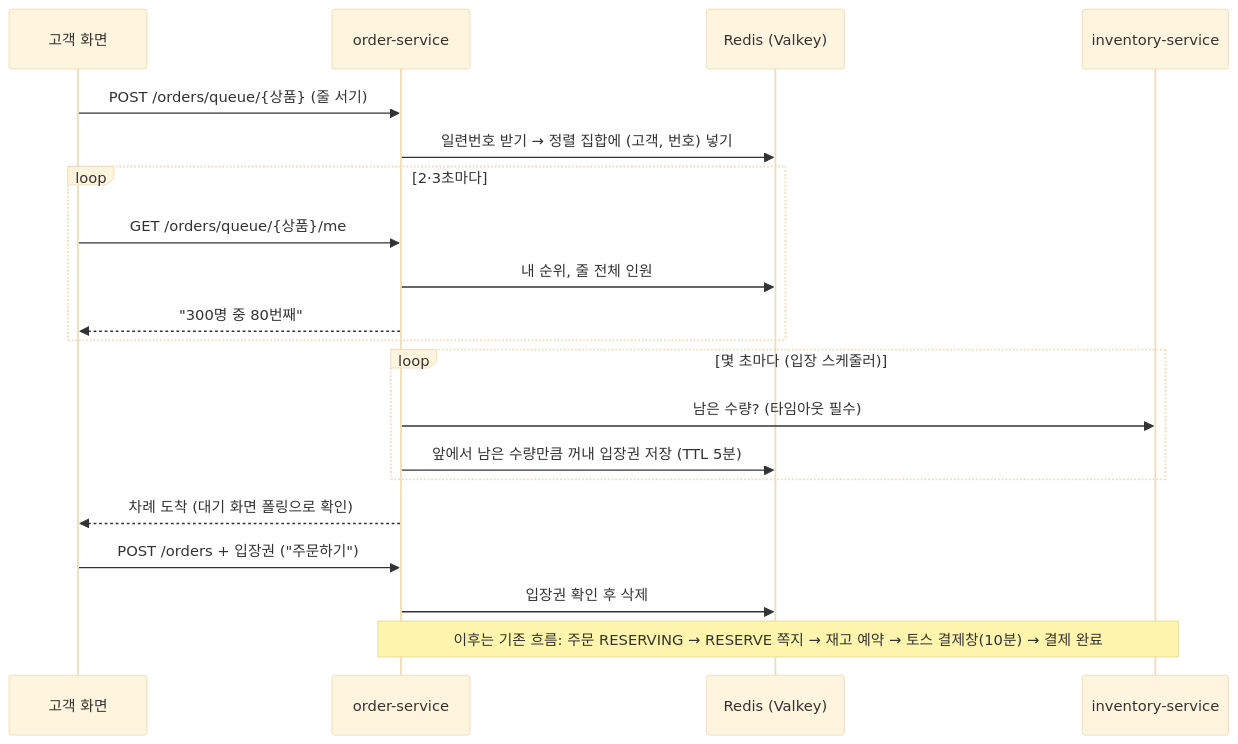
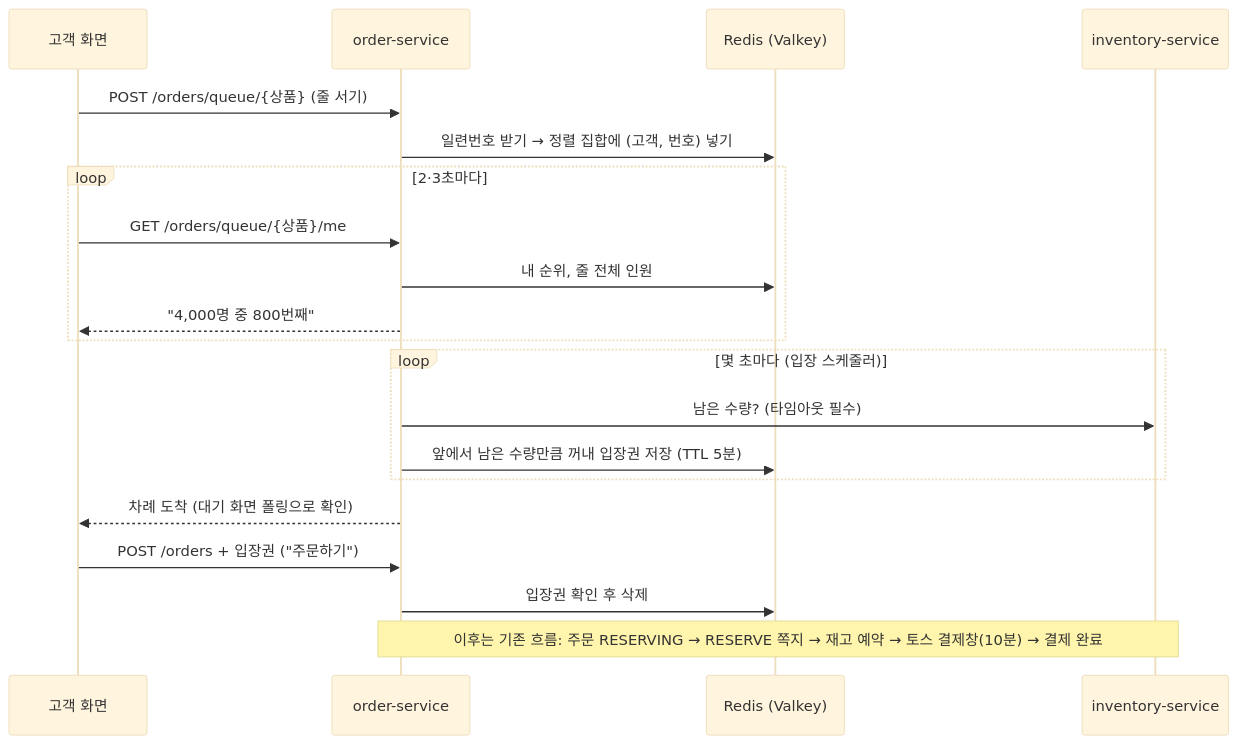
The diagram in docs/기능이해/선착순-구매-오픈런.md (sesac-freshlink/.github), drawn with Mermaid (base theme) before and after one commit. The commit also changed other lines of this file, not shown here.

````diff
--- a/docs/기능이해/선착순-구매-오픈런.md
+++ b/docs/기능이해/선착순-구매-오픈런.md
@@ -102,23 +130,23 @@
 ```mermaid
 sequenceDiagram
     participant C as 고객 화면
     participant O as order-service
     participant R as Redis (Valkey)
     participant I as inventory-service
 
     C->>O: POST /orders/queue/{상품} (줄 서기)
     O->>R: 일련번호 받기 → 정렬 집합에 (고객, 번호) 넣기
     loop 2·3초마다
         C->>O: GET /orders/queue/{상품}/me
         O->>R: 내 순위, 줄 전체 인원
-        O-->>C: "300명 중 80번째"
+        O-->>C: "4,000명 중 800번째"
     end
     loop 몇 초마다 (입장 스케줄러)
         O->>I: 남은 수량? (타임아웃 필수)
         O->>R: 앞에서 남은 수량만큼 꺼내 입장권 저장 (TTL 5분)
     end
     O-->>C: 차례 도착 (대기 화면 폴링으로 확인)
     C->>O: POST /orders + 입장권 ("주문하기")
     O->>R: 입장권 확인 후 삭제
     Note over O,I: 이후는 기존 흐름: 주문 RESERVING → RESERVE 쪽지 → 재고 예약 → 토스 결제창(10분) → 결제 완료
 ```
````
